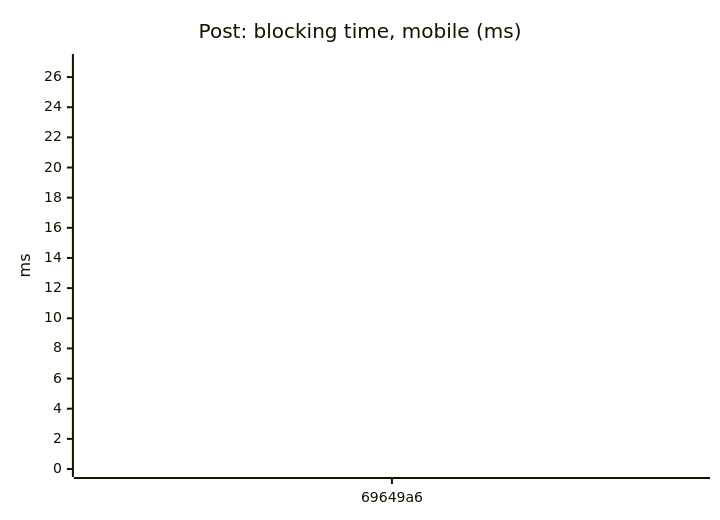
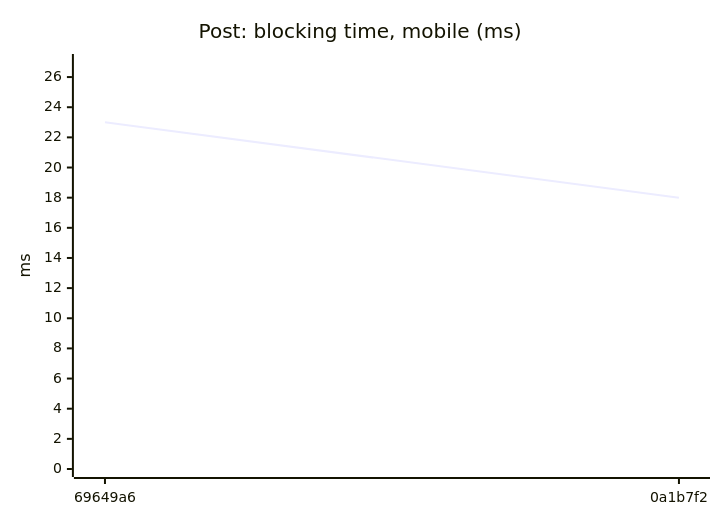
Before and after one commit to AxelUser/maltsev.space: diagram 12 of 18 in README.md, drawn with Mermaid. The commit also changed other lines of this file and 1 other file, not shown here.

````diff
--- a/README.md
+++ b/README.md
@@ -133,7 +133,7 @@
 ```mermaid
 xychart-beta
   title "Post: blocking time, mobile (ms)"
-  x-axis ["69649a6"]
+  x-axis ["69649a6", "0a1b7f2"]
   y-axis "ms" 0 --> 27
-  line [23]
+  line [23, 18]
 ```
````
